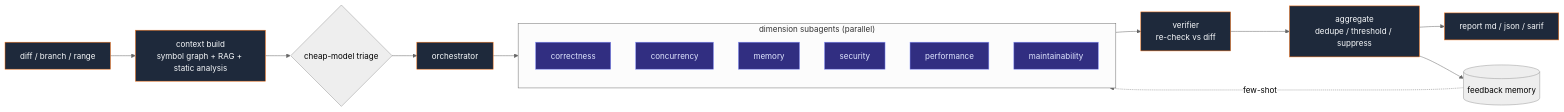
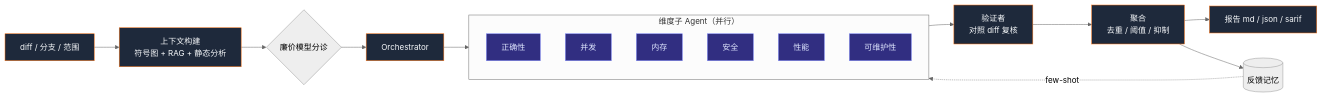
Before and after one commit to kavinChan13/reviewforge: the diagram in docs/WRITEUP.md, drawn with Mermaid (neutral theme). The commit also changed other lines of this file and 4 other files, not shown here.

````diff
--- a/docs/WRITEUP.md
+++ b/docs/WRITEUP.md
@@ -27,25 +26,25 @@
 ```mermaid
 flowchart LR
-    diff["diff / branch / range"] --> ctx["context build<br/>symbol graph + RAG + static analysis"]
-    ctx --> triage{"cheap-model triage"}
-    triage --> orch["orchestrator"]
-    subgraph dims["dimension subagents (parallel)"]
+    diff["diff / 分支 / 范围"] --> ctx["上下文构建<br/>符号图 + RAG + 静态分析"]
+    ctx --> triage{"廉价模型分诊"}
+    triage --> orch["Orchestrator"]
+    subgraph dims["维度子 Agent（并行）"]
       direction TB
-      d1["correctness"]
-      d2["concurrency"]
-      d3["memory"]
-      d4["security"]
-      d5["performance"]
-      d6["maintainability"]
+      d1["正确性"]
+      d2["并发"]
+      d3["内存"]
+      d4["安全"]
+      d5["性能"]
+      d6["可维护性"]
     end
-    orch --> dims --> verify["verifier<br/>re-check vs diff"]
-    verify --> agg["aggregate<br/>dedupe / threshold / suppress"]
-    agg --> out["report md / json / sarif"]
-    agg --> mem[("feedback memory")]
+    orch --> dims --> verify["验证者<br/>对照 diff 复核"]
+    verify --> agg["聚合<br/>去重 / 阈值 / 抑制"]
+    agg --> out["报告 md / json / sarif"]
+    agg --> mem[("反馈记忆")]
     mem -.few-shot.-> dims
 
     classDef stage fill:#1e293b,stroke:#f97316,color:#f8fafc;
     classDef agent fill:#312e81,stroke:#818cf8,color:#e0e7ff;
     class diff,ctx,orch,verify,agg,out stage;
     class d1,d2,d3,d4,d5,d6 agent;
 ```
````
